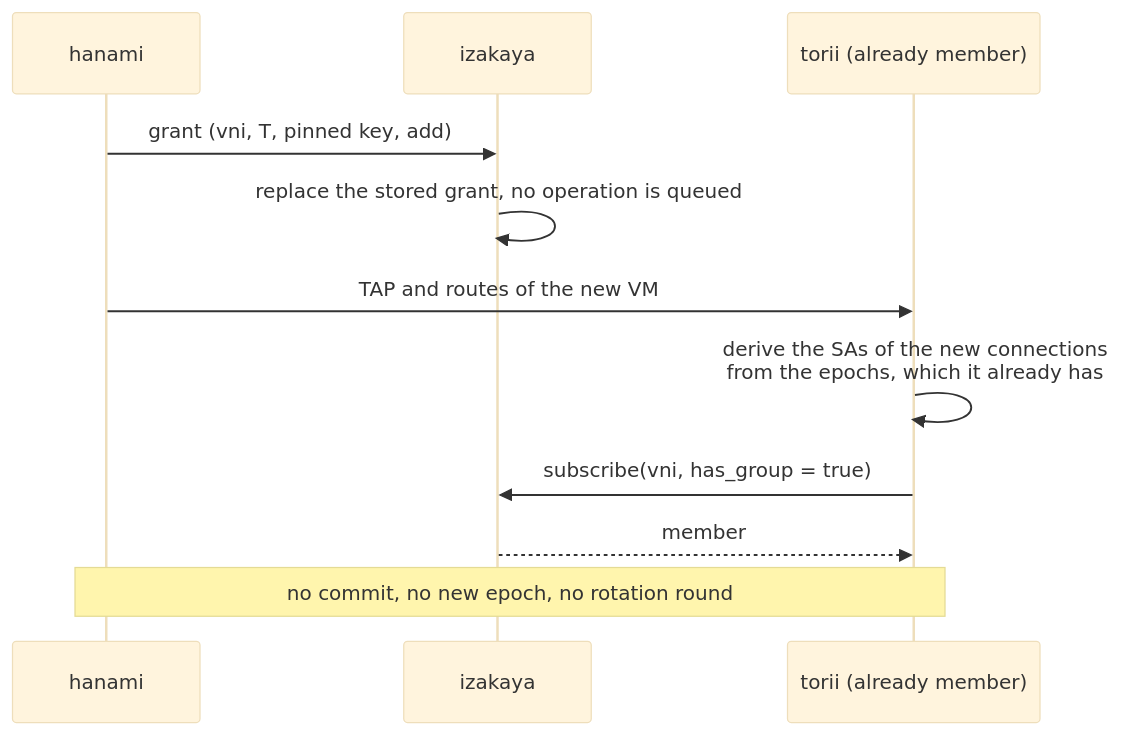
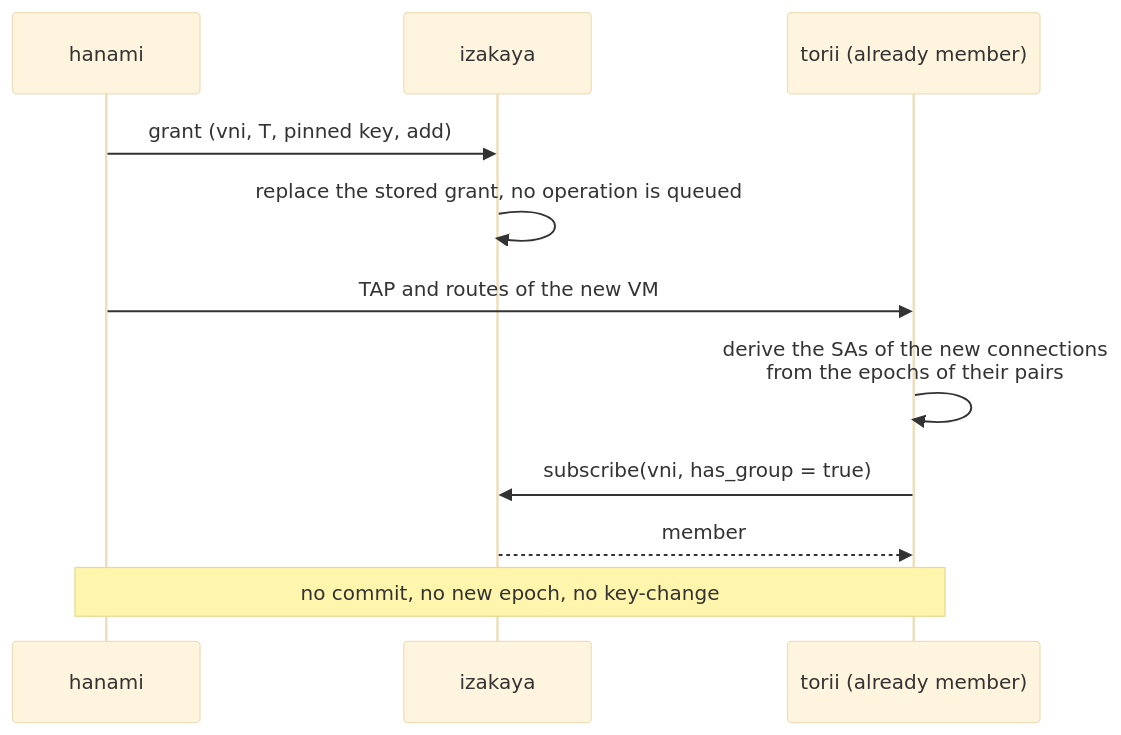
Before and after one commit to kitsudaiki/ainari: the third of 20 diagrams in docs/developer/sequence_diagrams/network_crypto_key_exchange.md, drawn with Mermaid (base theme). The commit also changed other lines of this file and 3 other files, not shown here.

````diff
--- a/docs/developer/sequence_diagrams/network_crypto_key_exchange.md
+++ b/docs/developer/sequence_diagrams/network_crypto_key_exchange.md
@@ -112,14 +119,14 @@
 ```mermaid
 sequenceDiagram
     participant H as hanami
     participant I as izakaya
     participant T as torii (already member)
 
     H->>I: grant (vni, T, pinned key, add)
     I->>I: replace the stored grant, no operation is queued
     H->>T: TAP and routes of the new VM
-    T->>T: derive the SAs of the new connections<br/>from the epochs, which it already has
+    T->>T: derive the SAs of the new connections<br/>from the epochs of their pairs
     T->>I: subscribe(vni, has_group = true)
     I-->>T: member
-    Note over H,T: no commit, no new epoch, no rotation round
+    Note over H,T: no commit, no new epoch, no key-change
 ```
````
